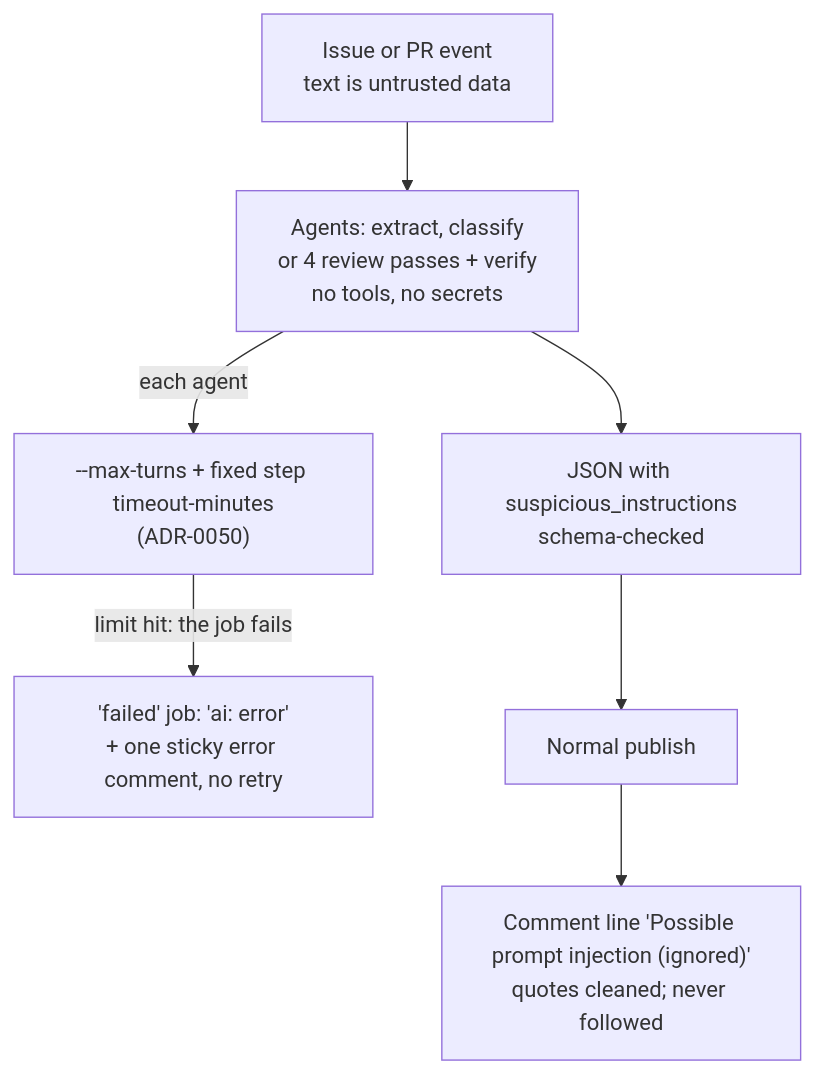
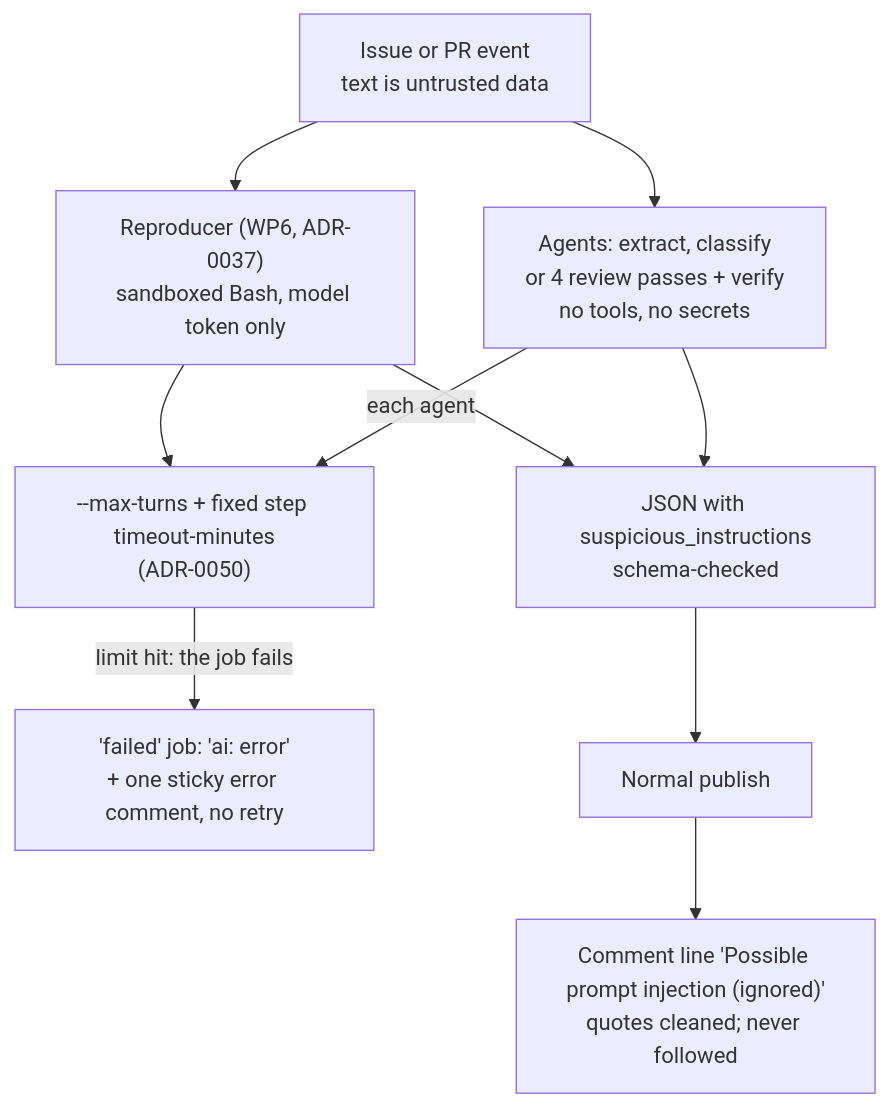
Diagram 13 of 15 in docs/diagrams.md (esciara/ai-workflows), drawn with Mermaid before and after one commit. The commit also changed other lines of this file, not shown here.

First line of the commit message:
docs(diagrams): WP6 reproduce diagram, WP6/WP11b1 done, WP7 in progress, /reproduce, guard error clearing

````diff
--- a/docs/diagrams.md
+++ b/docs/diagrams.md
@@ -382,9 +409,12 @@
 ```mermaid
 flowchart TD
   T["Issue or PR event<br/>text is untrusted data"] --> A["Agents: extract, classify<br/>or 4 review passes + verify<br/>no tools, no secrets"]
+  T --> RA["Reproducer (WP6, ADR-0037)<br/>sandboxed Bash, model token only"]
+  RA --> B
+  RA --> J
   A -- "each agent" --> B["--max-turns + fixed step timeout-minutes<br/>(ADR-0050)"]
   B -- "limit hit: the job fails" --> F["'failed' job: 'ai: error'<br/>+ one sticky error comment, no retry"]
   A --> J["JSON with suspicious_instructions<br/>schema-checked"]
   J --> P["Normal publish"]
   P --> I["Comment line 'Possible prompt injection (ignored)'<br/>quotes cleaned; never followed"]
 ```
````
